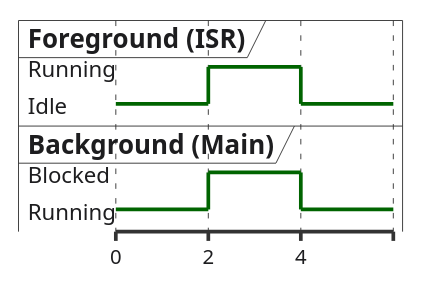
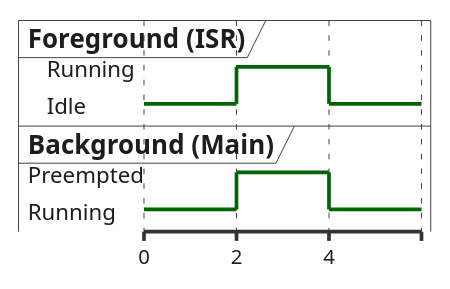
One commit to dantschi/echtzeitsysteme changed the third of 6 diagrams in vorlesungen/01_was-ist-echtzeit.qmd. Above: the diagram before and after it, drawn with PlantUML. The commit also changed other lines of this file and 19 other files, not shown here.

````diff
--- a/vorlesungen/01_was-ist-echtzeit.qmd
+++ b/vorlesungen/01_was-ist-echtzeit.qmd
@@ -422,31 +424,31 @@
 ```{.plantuml}
 @startuml
 skinparam backgroundColor transparent
 skinparam defaultFontName "Inter, sans-serif"
 skinparam defaultFontColor #1D1D1F
 skinparam ArrowColor #86868B
 skinparam NoteBackgroundColor #F5F5F7
 skinparam NoteBorderColor #E5E5EA
 skinparam timing {
   BackgroundColor #FFFFFF
   BorderColor #E5E5EA
   LineColor #1D1D1F
   SignalColor #E2001A
 }
 
 robust "Foreground (ISR)" as ISR
 robust "Background (Main)" as Main
 
 @0
 Main is Running
 ISR is Idle
 
 @2
 ISR is Running
-Main is Blocked
+Main is Preempted
 
 @4
 ISR is Idle
 Main is Running
 @enduml
 ```
````
